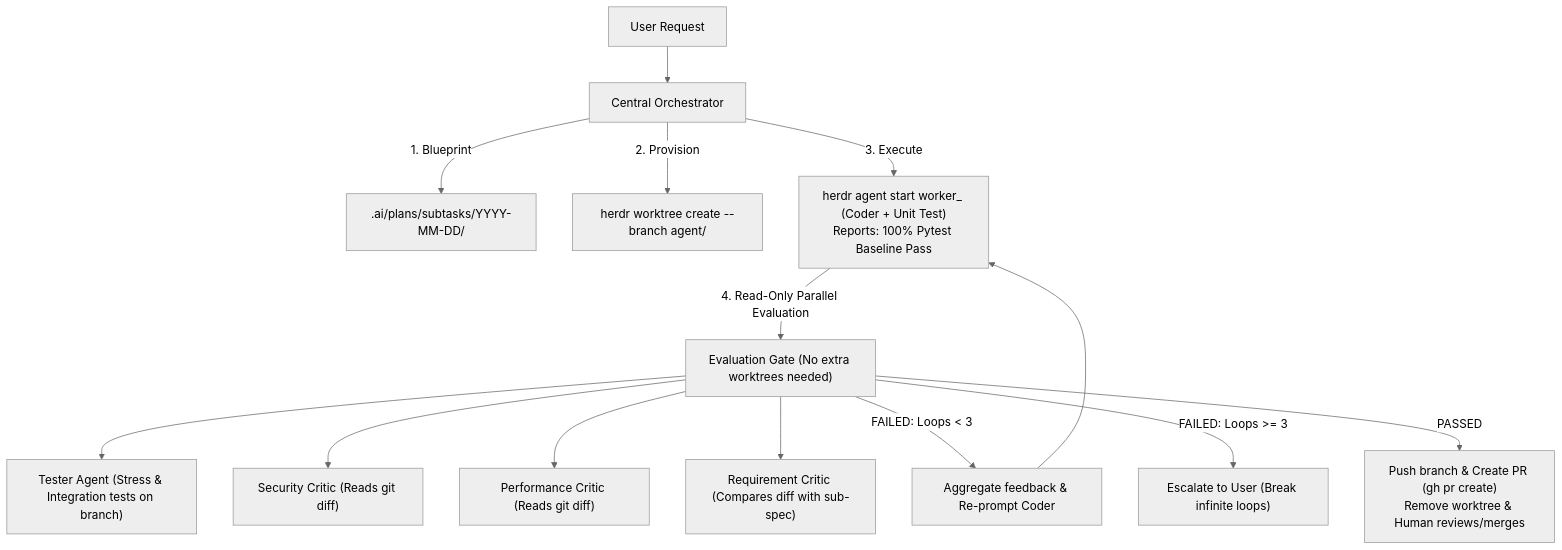
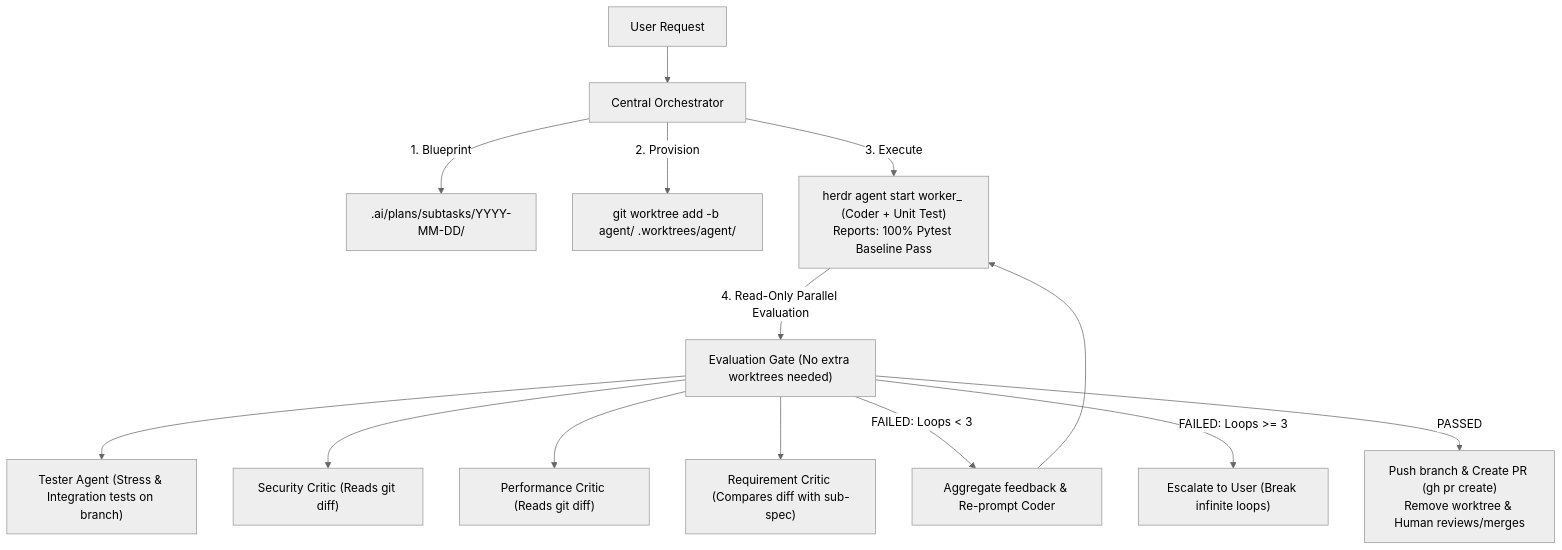
One commit to Khanhduong123/herness_agent changed the second of 2 diagrams in AGENTS.md. Above: the diagram before and after it, drawn with Mermaid (neutral theme). The commit also changed other lines of this file and 4 other files, not shown here.

Commit message:
feat(skills): add herdr-cli operational skill and enforce native git worktree (#26)

````diff
--- a/AGENTS.md
+++ b/AGENTS.md
@@ -127,17 +127,17 @@
 ```mermaid
 graph TD
     User["User Request"] --> Orchestrator["Central Orchestrator"]
     Orchestrator -->|1. Blueprint| SubSpec[".ai/plans/subtasks/YYYY-MM-DD/"]
-    Orchestrator -->|2. Provision| Worktree["herdr worktree create --branch agent/<task_id>"]
+    Orchestrator -->|2. Provision| Worktree["git worktree add -b agent/<task_id> .worktrees/agent/<task_id>"]
     Orchestrator -->|3. Execute| Coder["herdr agent start worker_<task_id> (Coder + Unit Test)<br/>Reports: 100% Pytest Baseline Pass"]
     Coder -->|4. Read-Only Parallel Evaluation| EvalGate["Evaluation Gate (No extra worktrees needed)"]
     EvalGate --> Tester["Tester Agent (Stress & Integration tests on branch)"]
     EvalGate --> Security["Security Critic (Reads git diff)"]
     EvalGate --> Performance["Performance Critic (Reads git diff)"]
     EvalGate --> Requirement["Requirement Critic (Compares diff with sub-spec)"]
 
     EvalGate -->|FAILED: Loops < 3| Aggregate["Aggregate feedback & Re-prompt Coder"]
     Aggregate --> Coder
     EvalGate -->|FAILED: Loops >= 3| Escalate["Escalate to User (Break infinite loops)"]
     EvalGate -->|PASSED| PR["Push branch & Create PR (gh pr create)<br/>Remove worktree & Human reviews/merges"]
 ```
````
